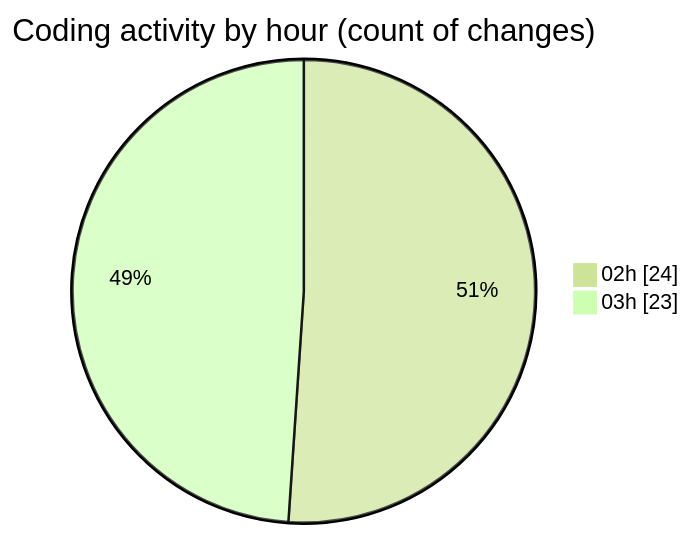
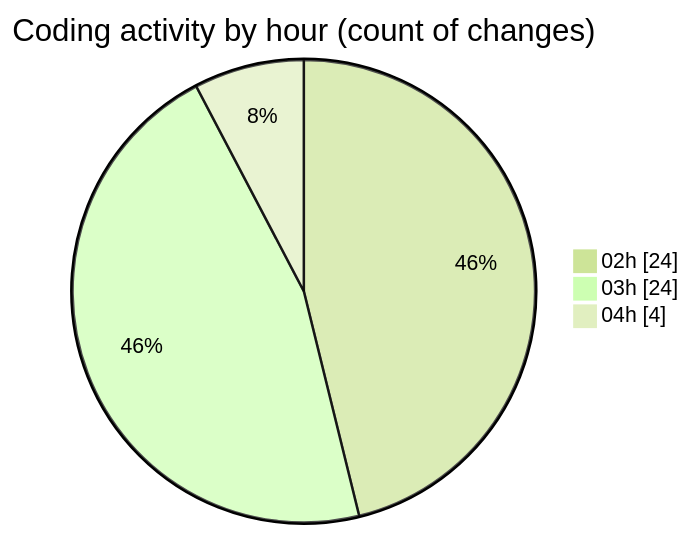
Before and after one commit to lephambinh05/code-tracking: the second of 2 diagrams in 2025-07-23/quanlyrapchieuphim/README.md, drawn with Mermaid (forest theme). The commit also changed other lines of this file and 1 other file, not shown here.

````diff
--- a/2025-07-23/quanlyrapchieuphim/README.md
+++ b/2025-07-23/quanlyrapchieuphim/README.md
@@ -38,6 +38,7 @@
 ```mermaid
 pie showData
 title Coding activity by hour (count of changes)
 "02h" : 24
-"03h" : 23
+"03h" : 24
+"04h" : 4
 ```
````
